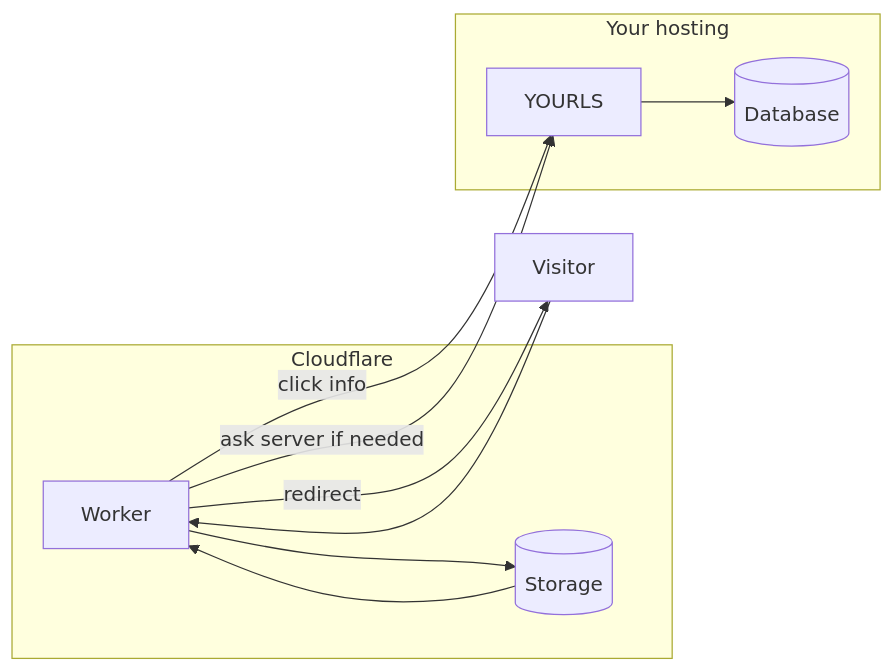
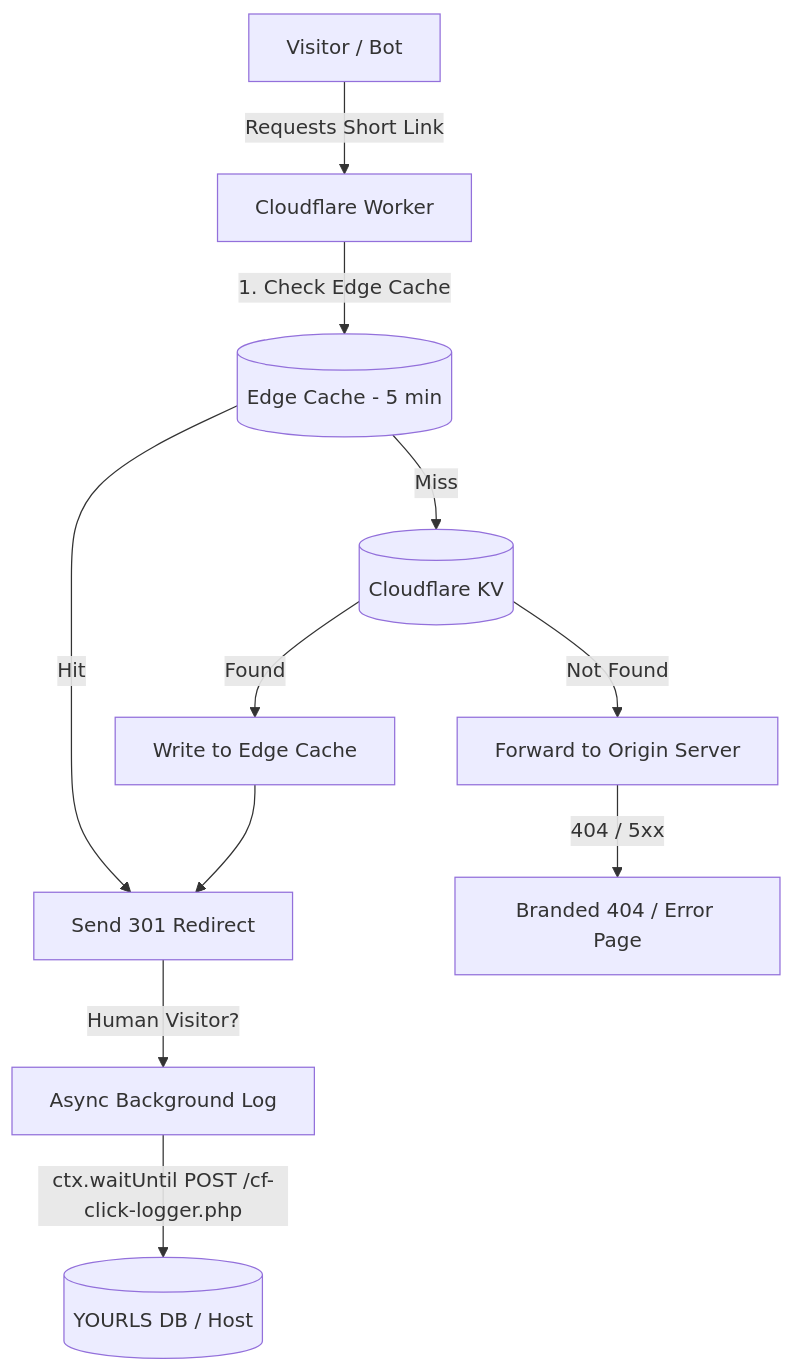
One commit to abdulaqil5/yourls-cloudflare-kv-sync changed the diagram in README.md. Above: the diagram before and after it, drawn with Mermaid. The commit also changed other lines of this file and 6 other files, not shown here.

Commit message:
feat: upgrade to v1.2 with Edge caching, bot denylist, social previews, and rename logger to cf-click-logger

````diff
--- a/README.md
+++ b/README.md
@@ -20,18 +30,16 @@
 ```mermaid
-flowchart LR
-  subgraph cf [Cloudflare]
-    W[Worker]
-    KV[(Storage)]
-  end
-  subgraph server [Your hosting]
-    Y[YOURLS]
-    DB[(Database)]
-  end
-  Visitor --> W
-  W --> KV
-  KV --> W
-  W -->|click info| Y
-  W -->|redirect| Visitor
-  W -->|ask server if needed| Y
-  Y --> DB
+flowchart TD
+  Visitor[Visitor / Bot] -->|Requests Short Link| Worker[Cloudflare Worker]
+  
+  Worker -->|1. Check Edge Cache| EdgeCache[(Edge Cache - 5 min)]
+  EdgeCache -->|Hit| Redirect[Send 301 Redirect]
+  
+  EdgeCache -->|Miss| KV[(Cloudflare KV)]
+  KV -->|Found| CacheWrite[Write to Edge Cache] --> Redirect
+  
+  Redirect -->|Human Visitor?| AsyncLog[Async Background Log]
+  AsyncLog -->|ctx.waitUntil POST /cf-click-logger.php| YOURLS[(YOURLS DB / Host)]
+  
+  KV -->|Not Found| Origin[Forward to Origin Server]
+  Origin -->|404 / 5xx| CustomPage[Branded 404 / Error Page]
 ```
````
